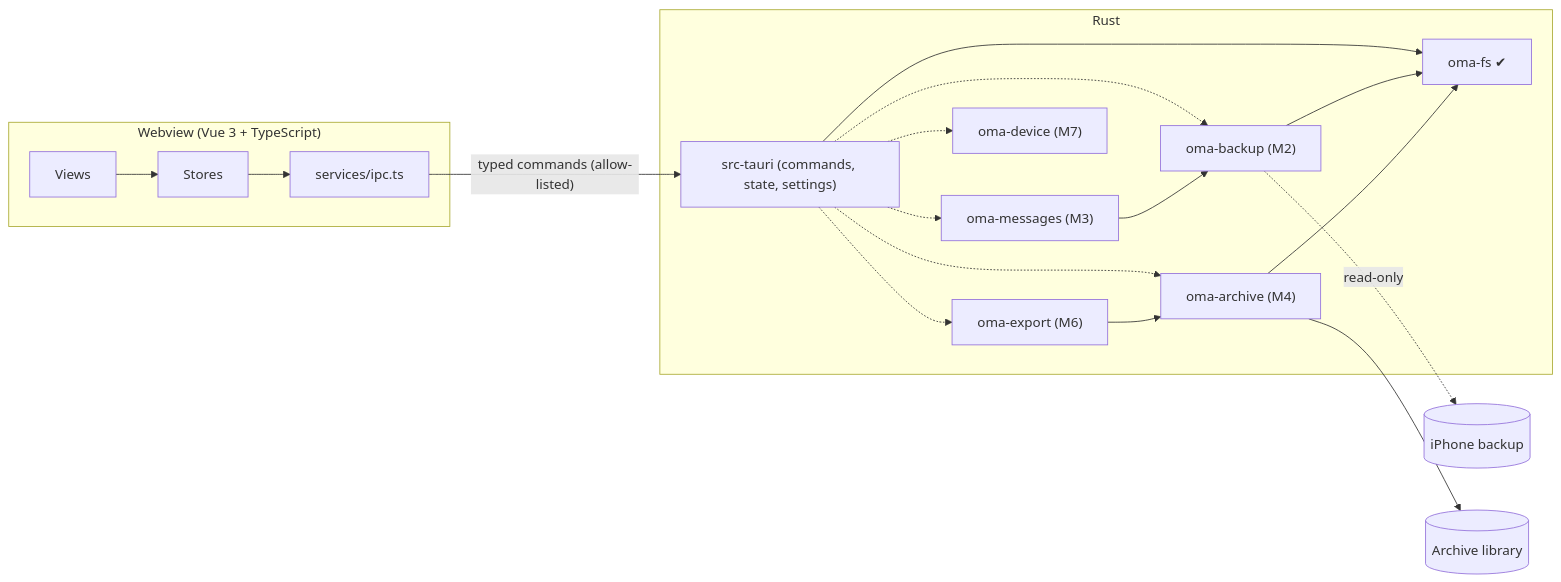
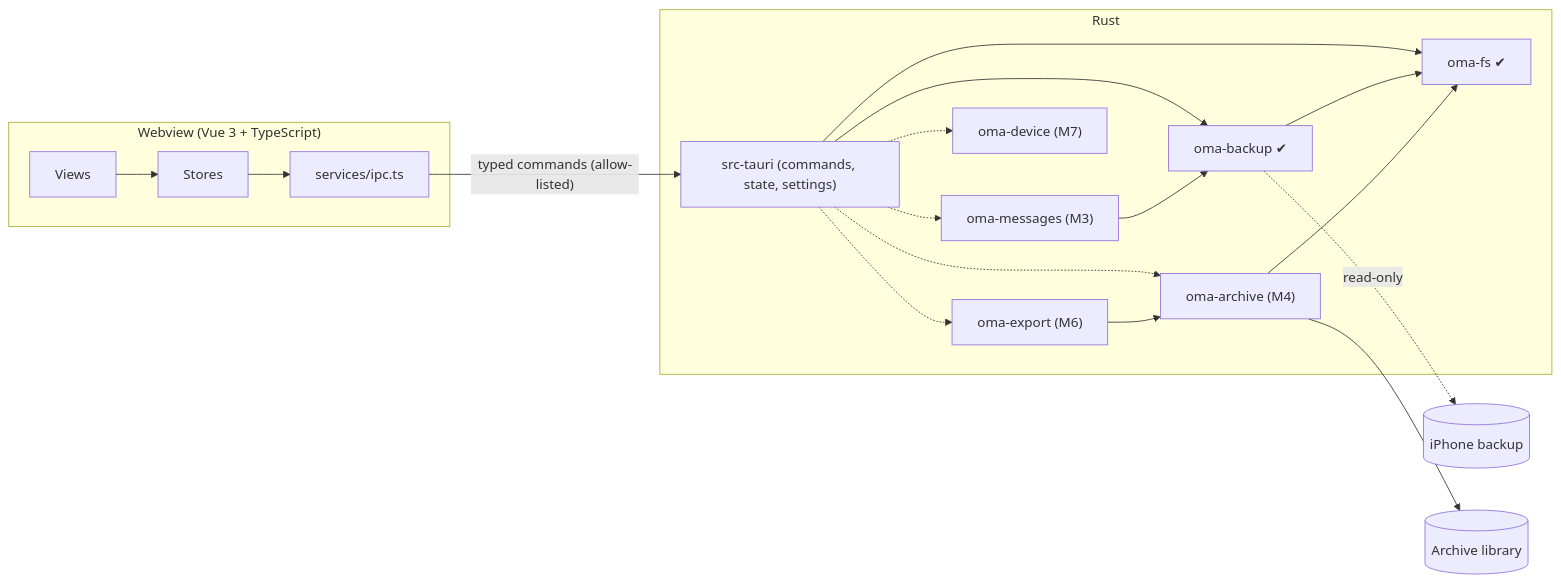
One commit to VibeForge-Systems/From_the_Forge changed the diagram in Apps/openmessage-archive/docs/architecture.md. Above: the diagram before and after it, drawn with Mermaid. The commit also changed other lines of this file and 8 other files, not shown here.

````diff
--- a/Apps/openmessage-archive/docs/architecture.md
+++ b/Apps/openmessage-archive/docs/architecture.md
@@ -33,22 +49,22 @@
 ```mermaid
 flowchart LR
   subgraph Webview["Webview (Vue 3 + TypeScript)"]
     Views --> Stores --> IPC["services/ipc.ts"]
   end
   IPC -- "typed commands (allow-listed)" --> Shell
   subgraph Rust
     Shell["src-tauri (commands, state, settings)"]
     Shell --> FS["oma-fs ✔"]
-    Shell -.-> Backup["oma-backup (M2)"]
+    Shell --> Backup["oma-backup ✔"]
     Shell -.-> Messages["oma-messages (M3)"]
     Shell -.-> Archive["oma-archive (M4)"]
     Shell -.-> Export["oma-export (M6)"]
     Shell -.-> Device["oma-device (M7)"]
     Backup --> FS
     Messages --> Backup
     Archive --> FS
     Export --> Archive
   end
   Backup -. read-only .-> SRC[("iPhone backup")]
   Archive --> LIB[("Archive library")]
 ```
````
